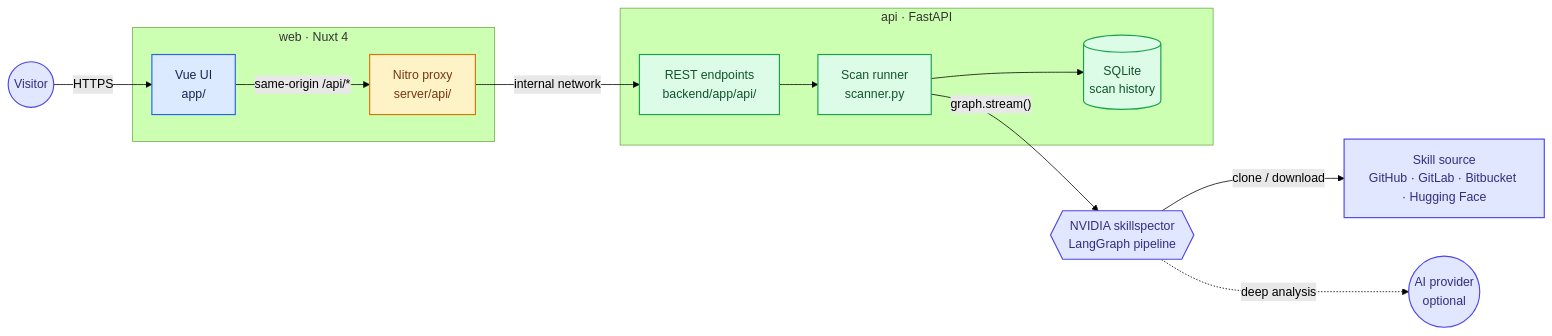
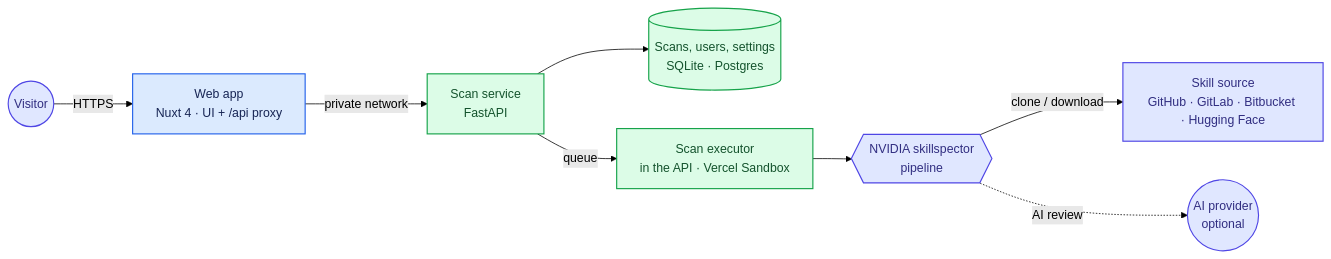
One commit to maelbel/skillspector-web changed the diagram in README.md. Above: the diagram before and after it, drawn with Mermaid (forest theme). The commit also changed other lines of this file and 7 other files, not shown here.

````diff
--- a/README.md
+++ b/README.md
@@ -188,37 +160,26 @@
 ```mermaid
 flowchart LR
   visitor(("Visitor"))
-
-  subgraph web["web · Nuxt 4"]
-    ui["Vue UI<br/>app/"]
-    nitro["Nitro proxy<br/>server/api/"]
-  end
-
-  subgraph api["api · FastAPI"]
-    routes["REST endpoints<br/>backend/app/api/"]
-    runner["Scan runner<br/>scanner.py"]
-    db[("SQLite<br/>scan history")]
-  end
-
-  pipeline{{"NVIDIA skillspector<br/>LangGraph pipeline"}}
+  web["Web app<br/>Nuxt 4 · UI + /api proxy"]
+  api["Scan service<br/>FastAPI"]
+  db[("Scans, users, settings<br/>SQLite · Postgres")]
+  scan["Scan executor<br/>in the API · Vercel Sandbox"]
+  pipeline{{"NVIDIA skillspector<br/>pipeline"}}
   source["Skill source<br/>GitHub · GitLab · Bitbucket · Hugging Face"]
   llm(("AI provider<br/>optional"))
 
-  visitor -->|"HTTPS"| ui
-  ui -->|"same-origin /api/*"| nitro
-  nitro -->|"internal network"| routes
-  routes --> runner
-  runner --> db
-  runner -->|"graph.stream()"| pipeline
+  visitor -->|"HTTPS"| web
+  web -->|"private network"| api
+  api --> db
+  api -->|"queue"| scan
+  scan --> pipeline
   pipeline -->|"clone / download"| source
-  pipeline -.->|"deep analysis"| llm
+  pipeline -.->|"AI review"| llm
 
   classDef toneBlue fill:#dbeafe,stroke:#2563eb,stroke-width:1.5px,color:#172554
-  classDef toneAmber fill:#fef3c7,stroke:#d97706,stroke-width:1.5px,color:#78350f
   classDef toneMint fill:#dcfce7,stroke:#16a34a,stroke-width:1.5px,color:#14532d
   classDef toneIndigo fill:#e0e7ff,stroke:#4f46e5,stroke-width:1.5px,color:#312e81
-  class ui toneBlue
-  class nitro toneAmber
-  class routes,runner,db toneMint
+  class web toneBlue
+  class api,db,scan toneMint
   class visitor,pipeline,source,llm toneIndigo
 ```
````
